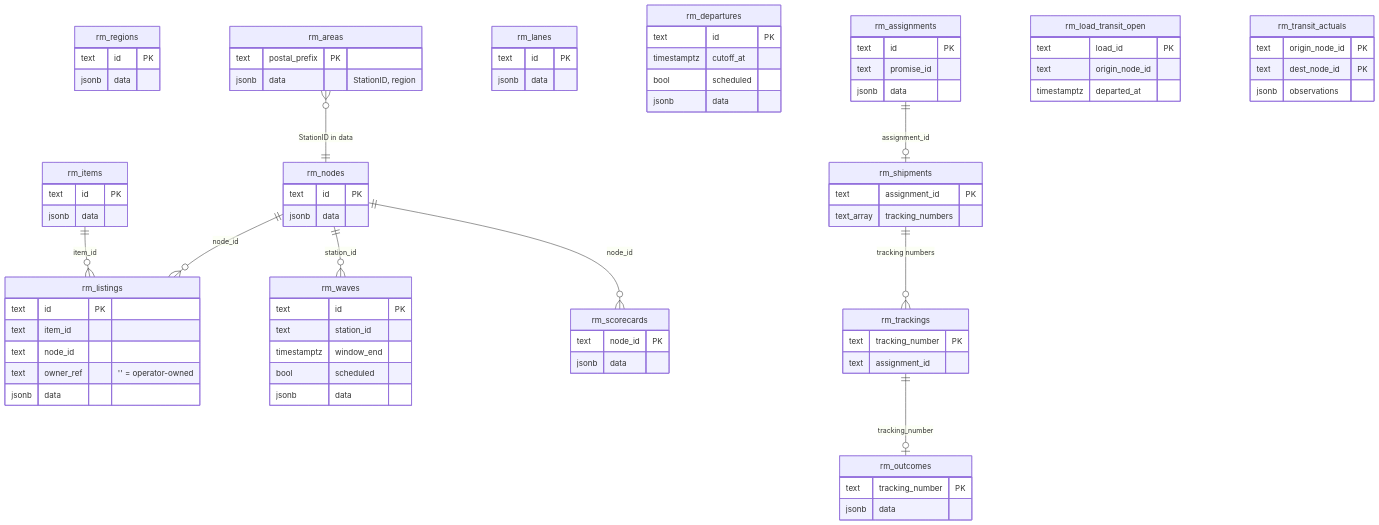
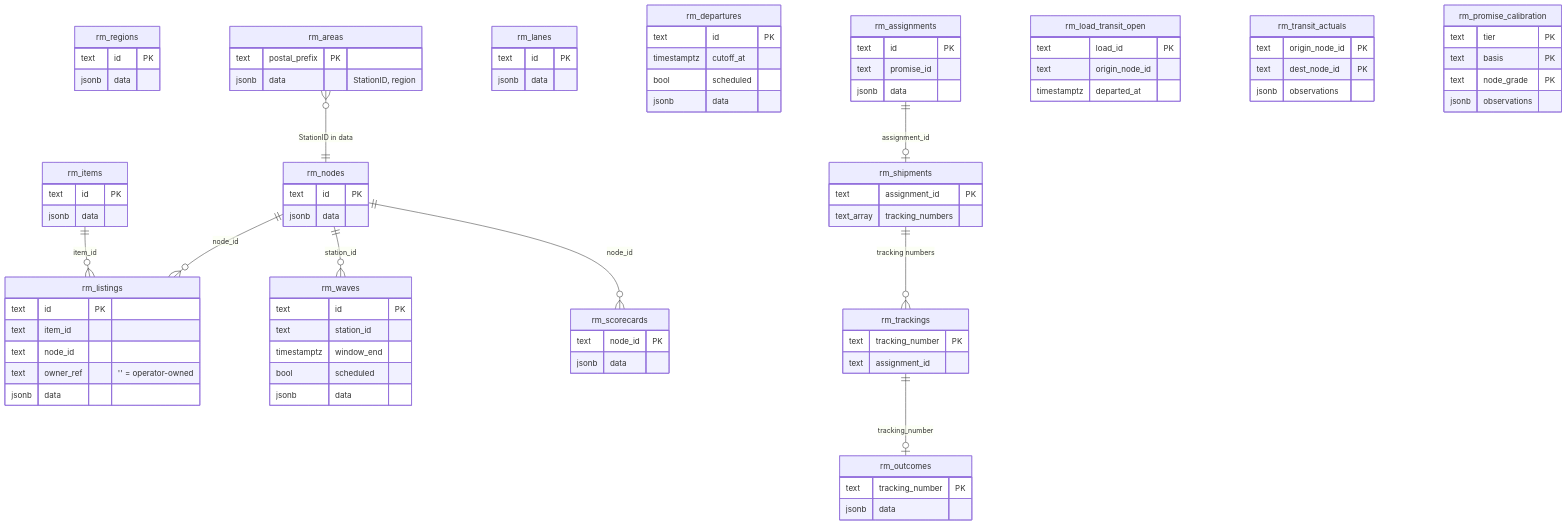
The second of 2 diagrams in docs/docs/ddd/entity-relationship.md (IQVO/delivery-promise), drawn with Mermaid before and after one commit. The commit also changed other lines of this file and 32 other files, not shown here.

```diff
--- a/docs/docs/ddd/entity-relationship.md
+++ b/docs/docs/ddd/entity-relationship.md
@@ -170,6 +170,12 @@
     text dest_node_id PK
     jsonb observations
   }
+  rm_promise_calibration {
+    text tier PK
+    text basis PK
+    text node_grade PK
+    jsonb observations
+  }
   rm_nodes ||--o{ rm_listings : "node_id"
   rm_items ||--o{ rm_listings : "item_id"
   rm_nodes ||--o{ rm_scorecards : "node_id"
```
